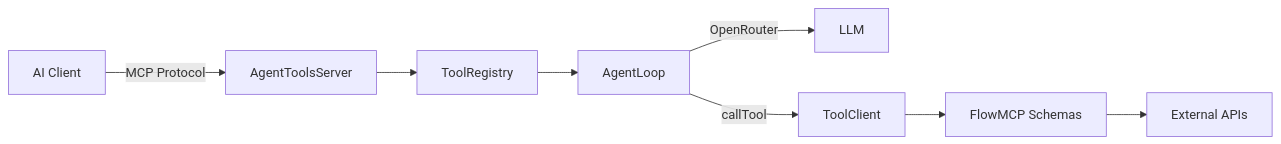
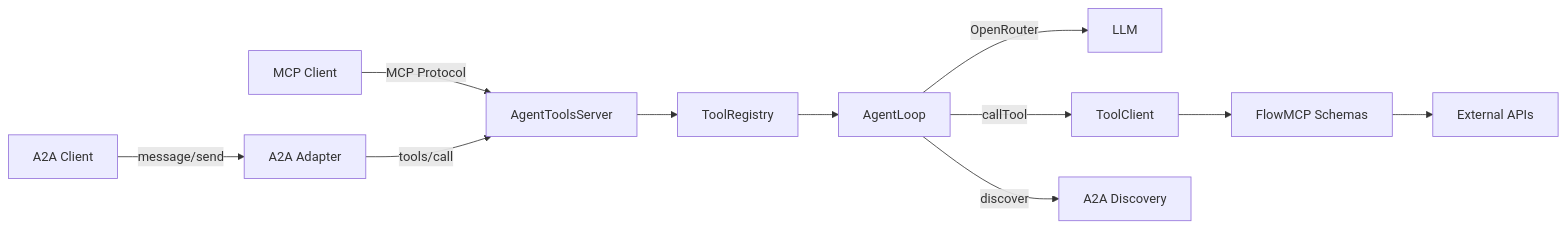
The diagram in README.md (FlowMCP/mcp-agent-server), drawn with Mermaid before and after one commit. The commit also changed other lines of this file, not shown here.

Commit message:
docs: add A2A adapter + fromManifest to README #2

````diff
--- a/README.md
+++ b/README.md
@@ -9,10 +9,13 @@
 ```mermaid
 flowchart LR
-    A[AI Client] -->|MCP Protocol| B[AgentToolsServer]
+    MC[MCP Client] -->|MCP Protocol| B[AgentToolsServer]
+    A2A[A2A Client] -->|message/send| AD[A2A Adapter]
+    AD -->|tools/call| B
     B --> C[ToolRegistry]
     C --> D[AgentLoop]
     D -->|OpenRouter| E[LLM]
     D -->|callTool| F[ToolClient]
-    F --> G[FlowMCP Schemas]
-    G --> H[External APIs]
+    D -->|discover| G[A2A Discovery]
+    F --> H[FlowMCP Schemas]
+    H --> I[External APIs]
 ```
````
